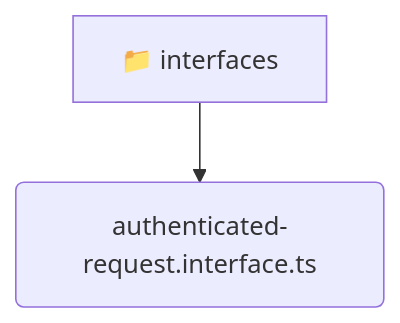
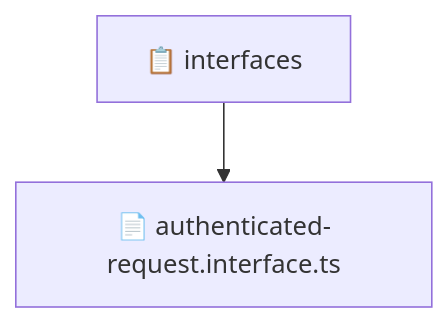
The diagram in backend/src/common/interfaces/README.md (beginwebdev2002/fullstack-mavluda), drawn with Mermaid before and after one commit. The commit also changed other lines of this file and 163 other files, not shown here.

````diff
--- a/backend/src/common/interfaces/README.md
+++ b/backend/src/common/interfaces/README.md
@@ -9,5 +9,5 @@
 ```mermaid
 graph TD
-  interfaces[📁 interfaces]
-  interfaces --> interfaces_authenticated_request_interface_ts(authenticated-request.interface.ts)
+  Root["📋 interfaces"]
+  Root --> authenticatedrequestinterfacets["📄 authenticated-request.interface.ts"]
 ```
````
